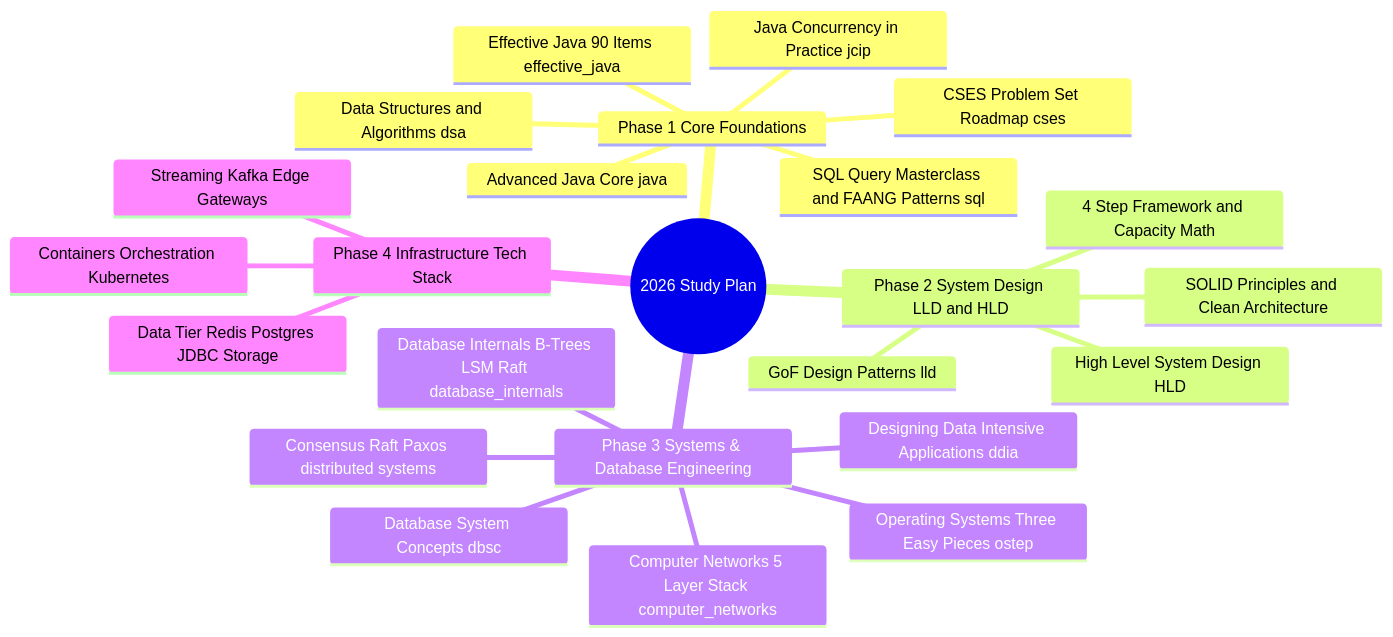
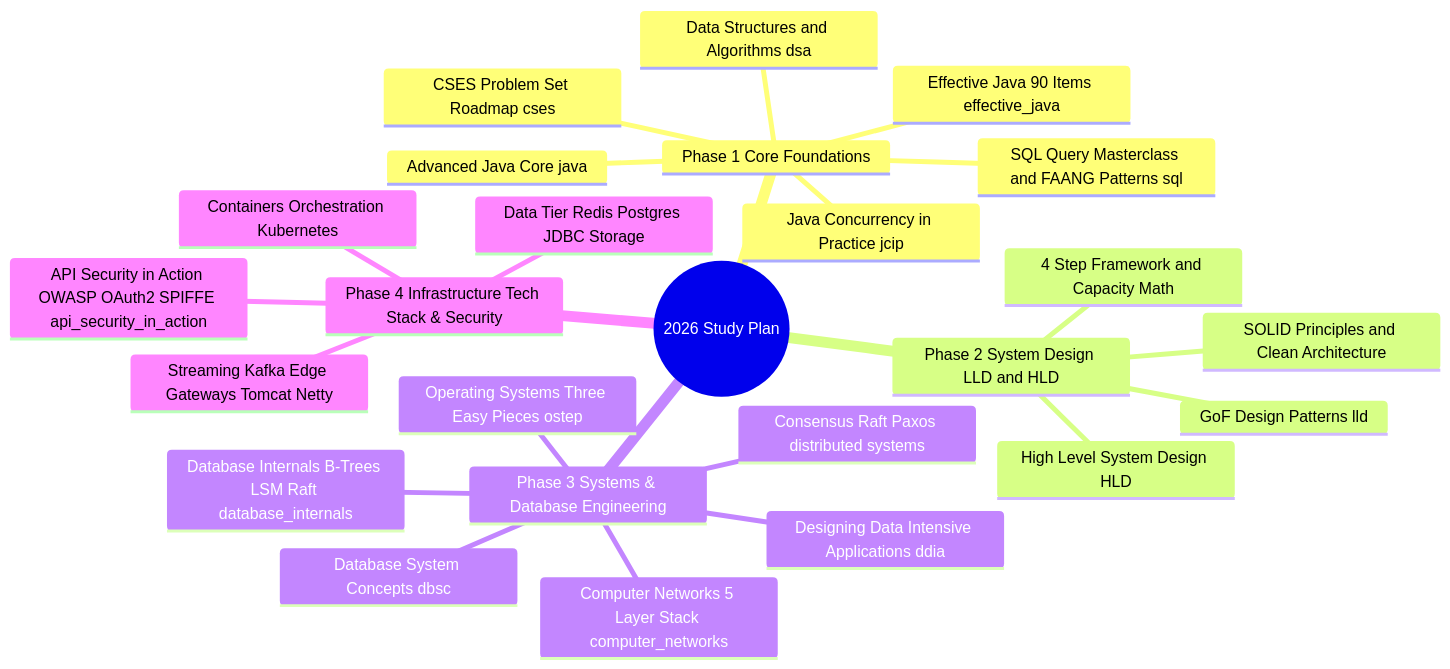
The diagram in STUDY_PLAN_2026.md (chauhankartik/private-2026), drawn with Mermaid before and after one commit. The commit also changed other lines of this file and 6 other files, not shown here.

Commit message:
feat(security): add API Security in Action module with 4 detailed guides across OWASP Top 10, OAuth2/PKCE/OIDC, mTLS/TLS 1.3, and API Gateways/Zero Trust SPIFFE with Mermaid diagrams

````diff
--- a/STUDY_PLAN_2026.md
+++ b/STUDY_PLAN_2026.md
@@ -9,27 +9,28 @@
 ```mermaid
 mindmap
   root((2026 Study Plan))
     Phase 1 Core Foundations
       Data Structures and Algorithms dsa
       CSES Problem Set Roadmap cses
       Advanced Java Core java
       Effective Java 90 Items effective_java
       Java Concurrency in Practice jcip
       SQL Query Masterclass and FAANG Patterns sql
     Phase 2 System Design LLD and HLD
       SOLID Principles and Clean Architecture
       GoF Design Patterns lld
       High Level System Design HLD
       4 Step Framework and Capacity Math
     Phase 3 Systems & Database Engineering
       Operating Systems Three Easy Pieces ostep
       Computer Networks 5 Layer Stack computer_networks
       Database System Concepts dbsc
       Database Internals B-Trees LSM Raft database_internals
       Designing Data Intensive Applications ddia
       Consensus Raft Paxos distributed systems
-    Phase 4 Infrastructure Tech Stack
+    Phase 4 Infrastructure Tech Stack & Security
       Data Tier Redis Postgres JDBC Storage
-      Streaming Kafka Edge Gateways
+      Streaming Kafka Edge Gateways Tomcat Netty
       Containers Orchestration Kubernetes
+      API Security in Action OWASP OAuth2 SPIFFE api_security_in_action
 ```
````
